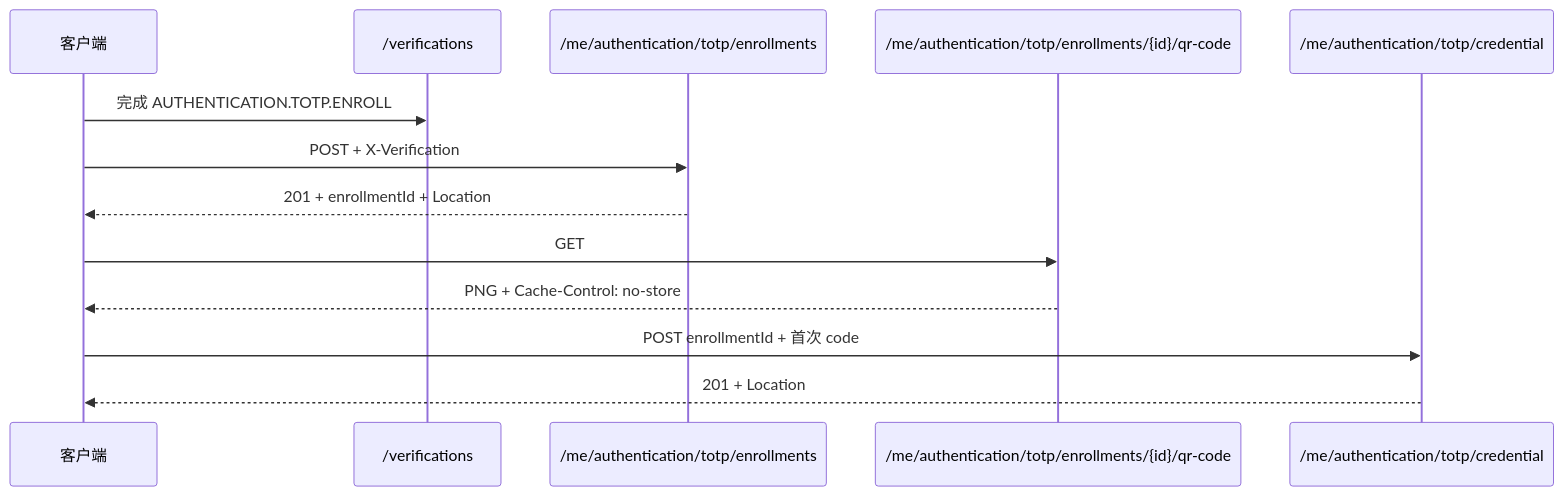
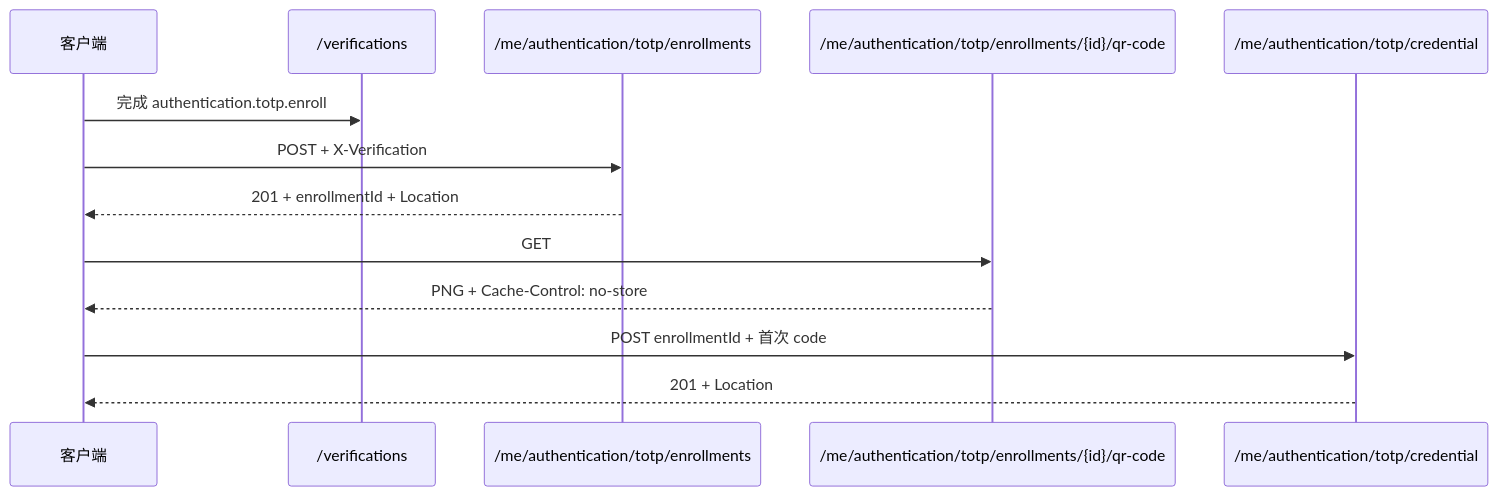
The diagram in docs/reference/http/sca4d-server.md (SH-XiaoXiu/sca4d-j), drawn with Mermaid before and after one commit. The commit also changed other lines of this file and 45 other files, not shown here.

````diff
--- a/docs/reference/http/sca4d-server.md
+++ b/docs/reference/http/sca4d-server.md
@@ -538,16 +534,16 @@
 ```mermaid
 sequenceDiagram
     participant Client as 客户端
     participant Verification as /verifications
     participant Enrollment as /me/authentication/totp/enrollments
     participant QR as /me/authentication/totp/enrollments/{id}/qr-code
     participant Credential as /me/authentication/totp/credential
 
-    Client->>Verification: 完成 AUTHENTICATION.TOTP.ENROLL
+    Client->>Verification: 完成 authentication.totp.enroll
     Client->>Enrollment: POST + X-Verification
     Enrollment-->>Client: 201 + enrollmentId + Location
     Client->>QR: GET
     QR-->>Client: PNG + Cache-Control: no-store
     Client->>Credential: POST enrollmentId + 首次 code
     Credential-->>Client: 201 + Location
 ```
````
